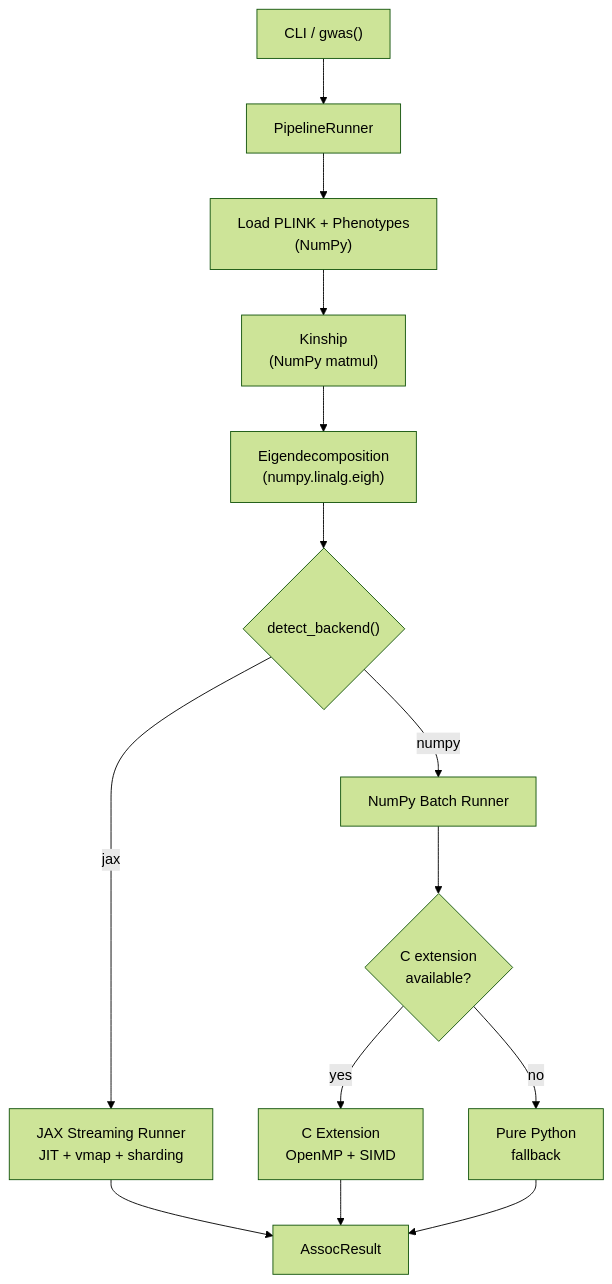
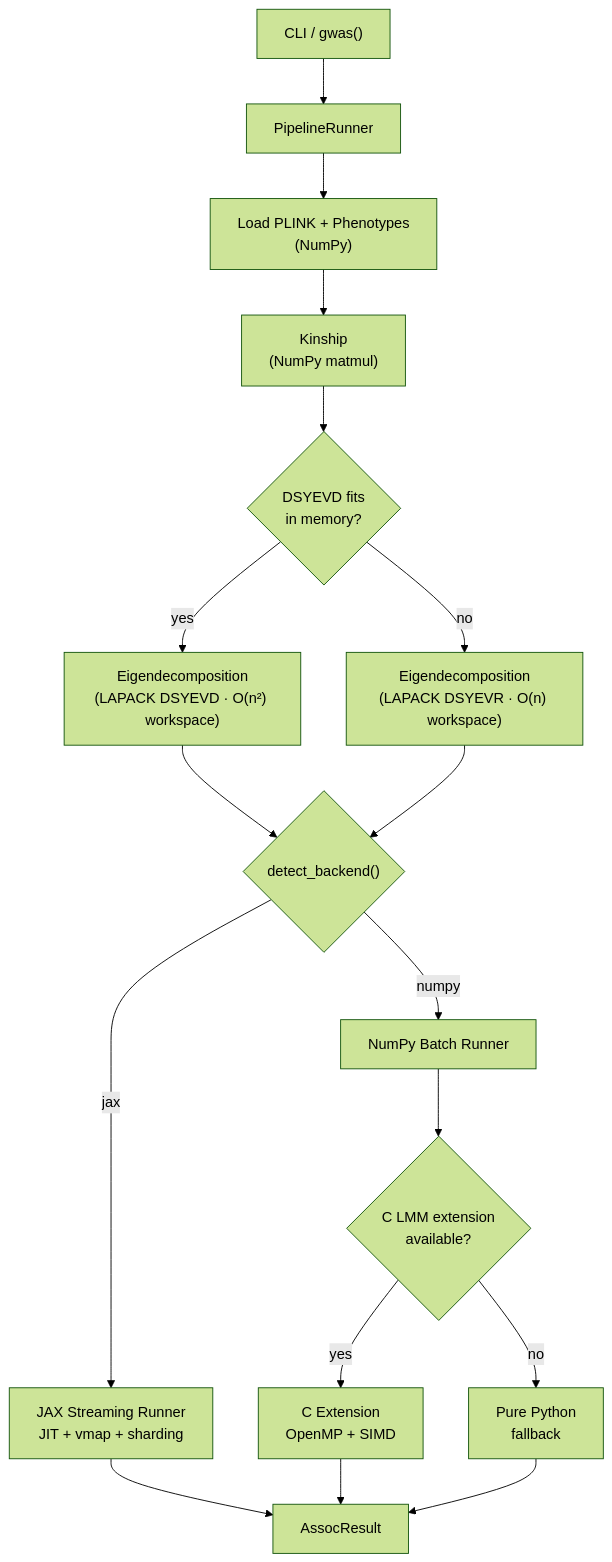
Before and after one commit to michael-denyer/jamma: the diagram in README.md, drawn with Mermaid (forest theme). The commit also changed other lines of this file and 17 other files, not shown here.

````diff
--- a/README.md
+++ b/README.md
@@ -273,16 +273,19 @@
 ```mermaid
 flowchart TD
     CLI["CLI / gwas()"] --> PIPE["PipelineRunner"]
     PIPE --> LOAD["Load PLINK + Phenotypes<br>(NumPy)"]
     LOAD --> KIN["Kinship<br>(NumPy matmul)"]
-    KIN --> EIG["Eigendecomposition<br>(numpy.linalg.eigh)"]
-    EIG --> DET{"detect_backend()"}
+    KIN --> EIGMEM{"DSYEVD fits<br>in memory?"}
+    EIGMEM -->|yes| EIGD["Eigendecomposition<br>(LAPACK DSYEVD · O(n²) workspace)"]
+    EIGMEM -->|no| EIGR["Eigendecomposition<br>(LAPACK DSYEVR · O(n) workspace)"]
+    EIGD --> DET{"detect_backend()"}
+    EIGR --> DET
     DET -->|"jax"| JAX["JAX Streaming Runner<br>JIT + vmap + sharding"]
     DET -->|"numpy"| NP["NumPy Batch Runner"]
-    NP --> CEXT{"C extension<br>available?"}
+    NP --> CEXT{"C LMM extension<br>available?"}
     CEXT -->|yes| C["C Extension<br>OpenMP + SIMD"]
     CEXT -->|no| PY["Pure Python<br>fallback"]
     JAX --> RES["AssocResult"]
     C --> RES
     PY --> RES
 ```
````
